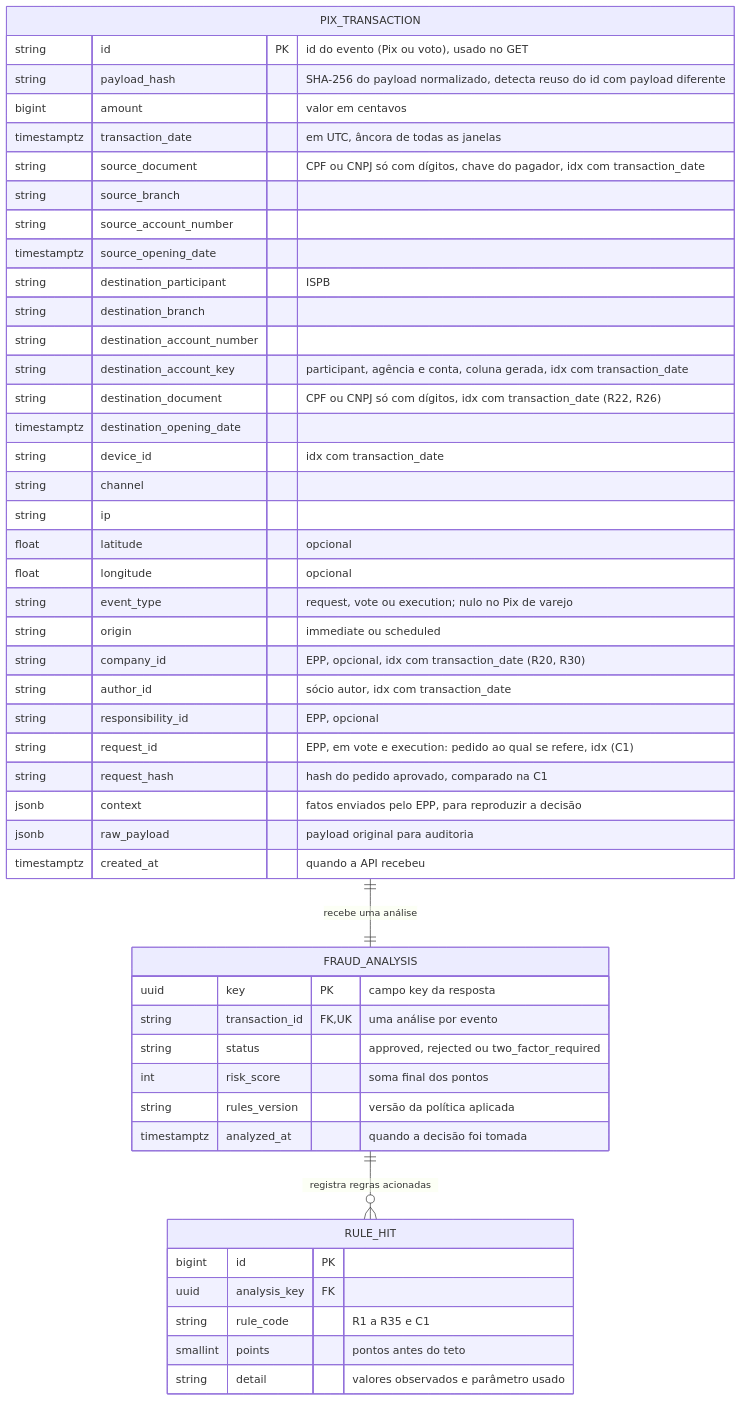
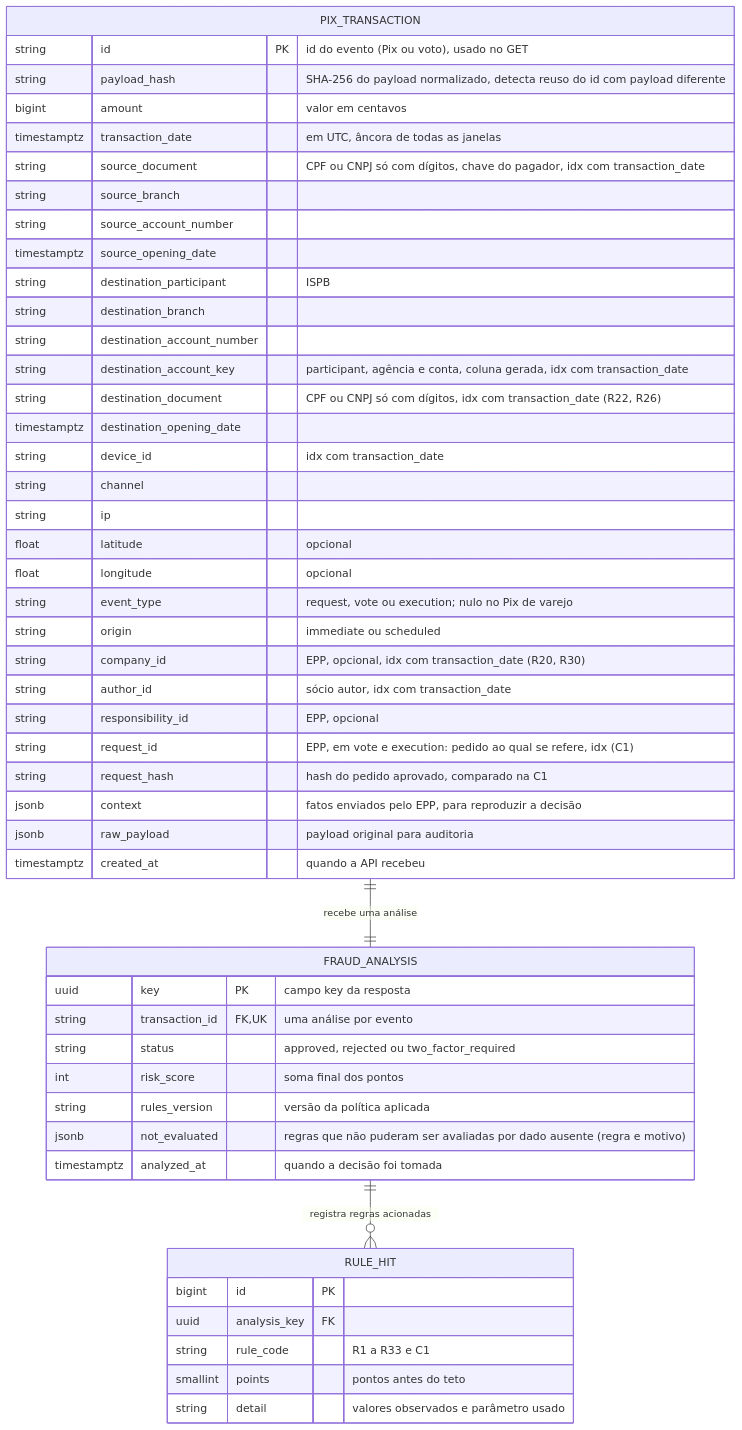
Before and after one commit to Hugo-Fuente/QIHackathon-Validacao-de-PIX: the diagram in rfc_antifraude_pix.md, drawn with Mermaid. The commit also changed other lines of this file, not shown here.

````diff
--- a/rfc_antifraude_pix.md
+++ b/rfc_antifraude_pix.md
@@ -78,54 +94,55 @@
 ```mermaid
 erDiagram
     PIX_TRANSACTION ||--|| FRAUD_ANALYSIS : "recebe uma análise"
     FRAUD_ANALYSIS ||--o{ RULE_HIT : "registra regras acionadas"
 
     PIX_TRANSACTION {
         string id PK "id do evento (Pix ou voto), usado no GET"
         string payload_hash "SHA-256 do payload normalizado, detecta reuso do id com payload diferente"
         bigint amount "valor em centavos"
         timestamptz transaction_date "em UTC, âncora de todas as janelas"
         string source_document "CPF ou CNPJ só com dígitos, chave do pagador, idx com transaction_date"
         string source_branch
         string source_account_number
         timestamptz source_opening_date
         string destination_participant "ISPB"
         string destination_branch
         string destination_account_number
         string destination_account_key "participant, agência e conta, coluna gerada, idx com transaction_date"
         string destination_document "CPF ou CNPJ só com dígitos, idx com transaction_date (R22, R26)"
         timestamptz destination_opening_date
         string device_id "idx com transaction_date"
         string channel
         string ip
         float latitude "opcional"
         float longitude "opcional"
         string event_type "request, vote ou execution; nulo no Pix de varejo"
         string origin "immediate ou scheduled"
         string company_id "EPP, opcional, idx com transaction_date (R20, R30)"
         string author_id "sócio autor, idx com transaction_date"
         string responsibility_id "EPP, opcional"
         string request_id "EPP, em vote e execution: pedido ao qual se refere, idx (C1)"
         string request_hash "hash do pedido aprovado, comparado na C1"
         jsonb context "fatos enviados pelo EPP, para reproduzir a decisão"
         jsonb raw_payload "payload original para auditoria"
         timestamptz created_at "quando a API recebeu"
     }
 
     FRAUD_ANALYSIS {
         uuid key PK "campo key da resposta"
         string transaction_id FK, UK "uma análise por evento"
         string status "approved, rejected ou two_factor_required"
         int risk_score "soma final dos pontos"
         string rules_version "versão da política aplicada"
+        jsonb not_evaluated "regras que não puderam ser avaliadas por dado ausente (regra e motivo)"
         timestamptz analyzed_at "quando a decisão foi tomada"
     }
 
     RULE_HIT {
         bigint id PK
         uuid analysis_key FK
-        string rule_code "R1 a R35 e C1"
+        string rule_code "R1 a R33 e C1"
         smallint points "pontos antes do teto"
         string detail "valores observados e parâmetro usado"
     }
 ```
````
